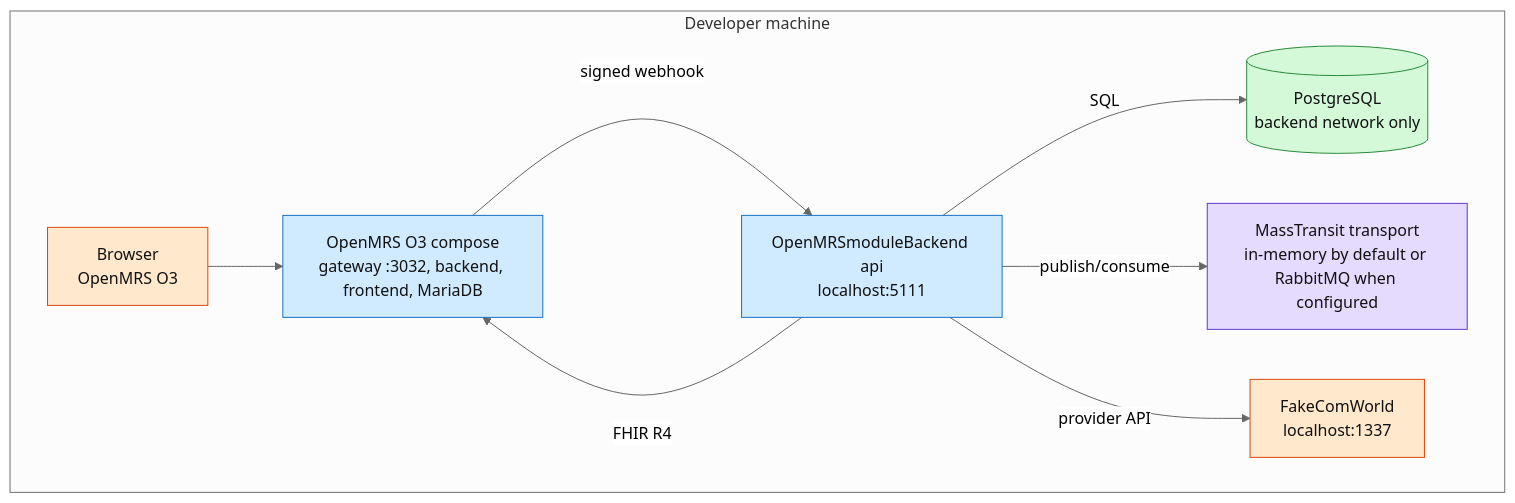
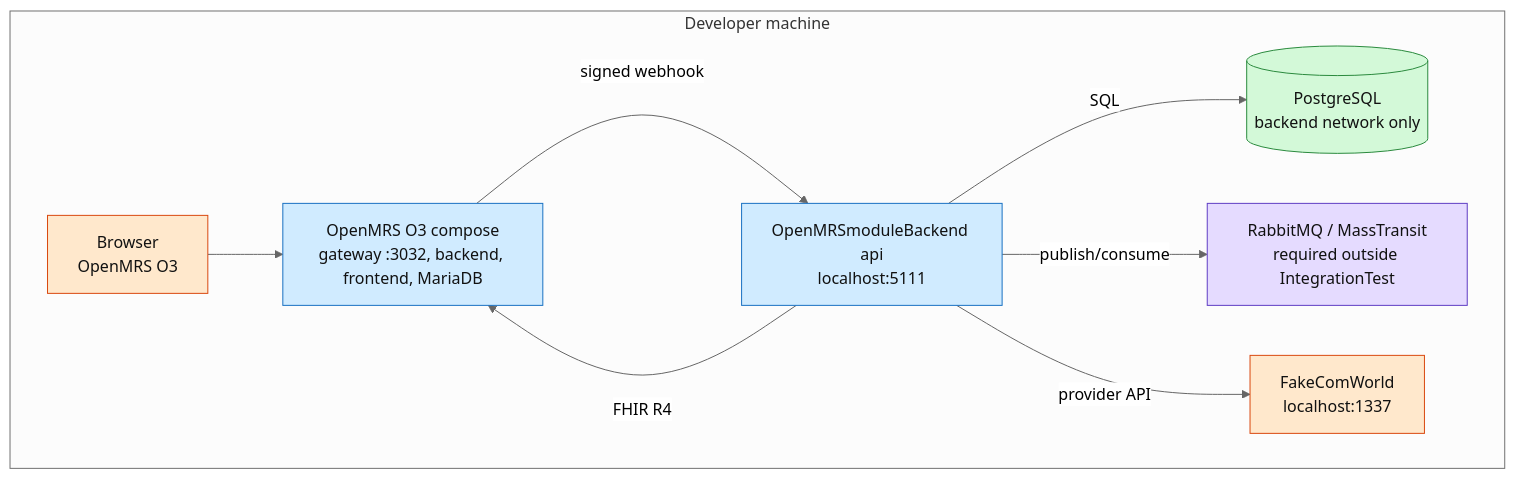
The diagram in docs/c4/diagrams/09-deployment-1.mmd (Rishyansyal/OpenMRSmoduleBackend), drawn with Mermaid (neutral theme) before and after one commit. The commit also changed 36 other files, not shown here.

```diff
--- a/docs/c4/diagrams/09-deployment-1.mmd
+++ b/docs/c4/diagrams/09-deployment-1.mmd
@@ -1,22 +1,22 @@
 flowchart TB
     classDef host fill:#f8f9fa,stroke:#495057,color:#111
     classDef container fill:#d0ebff,stroke:#1971c2,color:#111
     classDef db fill:#d3f9d8,stroke:#2b8a3e,color:#111
     classDef queue fill:#e5dbff,stroke:#5f3dc4,color:#111
     classDef ext fill:#ffe8cc,stroke:#d9480f,color:#111
 
     subgraph host["Developer machine"]
         browser["Browser<br/>OpenMRS O3"]:::ext
         fake["FakeComWorld<br/>localhost:1337"]:::ext
         openmrs["OpenMRS O3 compose<br/>gateway :3032, backend, frontend, MariaDB"]:::container
         api["OpenMRSmoduleBackend api<br/>localhost:5111"]:::container
         pg[("PostgreSQL<br/>backend network only")]:::db
-        bus["MassTransit transport<br/>in-memory by default or RabbitMQ when configured"]:::queue
+        bus["RabbitMQ / MassTransit<br/>required outside IntegrationTest"]:::queue
     end
 
     browser --> openmrs
     openmrs -->|"signed webhook"| api
     api -->|"FHIR R4"| openmrs
     api -->|"SQL"| pg
     api -->|"publish/consume"| bus
     api -->|"provider API"| fake
```
